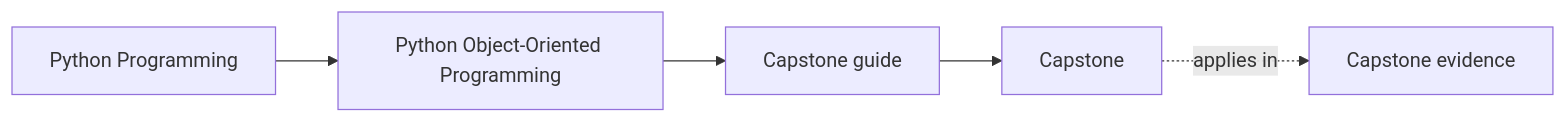
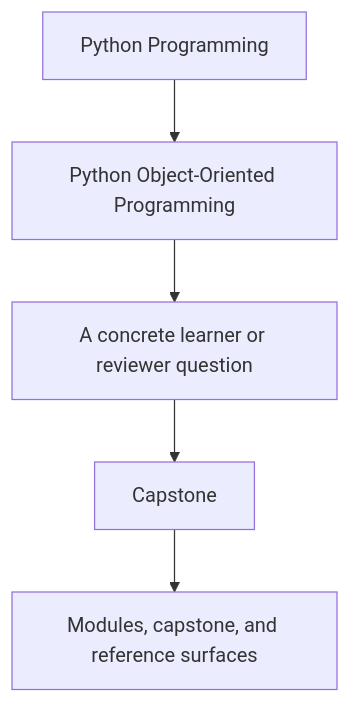
The first of 3 diagrams in programs/python-programming/python-object-oriented-programming/course-book/guides/capstone.md (bijux/bijux-masterclass), drawn with Mermaid before and after one commit. The commit also changed other lines of this file and 23 other files, not shown here.

Commit message:
docs(python-object-oriented-programming): sharpen guide and reference diagrams

````diff
--- a/programs/python-programming/python-object-oriented-programming/course-book/guides/capstone.md
+++ b/programs/python-programming/python-object-oriented-programming/course-book/guides/capstone.md
@@ -7,11 +7,7 @@
 ```mermaid
-graph LR
-  family["Python Programming"]
-  program["Python Object-Oriented Programming"]
-  section["Capstone guide"]
-  page["Capstone"]
-  capstone["Capstone evidence"]
-
-  family --> program --> section --> page
-  page -.applies in.-> capstone
+flowchart TD
+  family["Python Programming"] --> program["Python Object-Oriented Programming"]
+  program --> pressure["A concrete learner or reviewer question"]
+  pressure --> guide["Capstone"]
+  guide --> next["Modules, capstone, and reference surfaces"]
 ```
````
